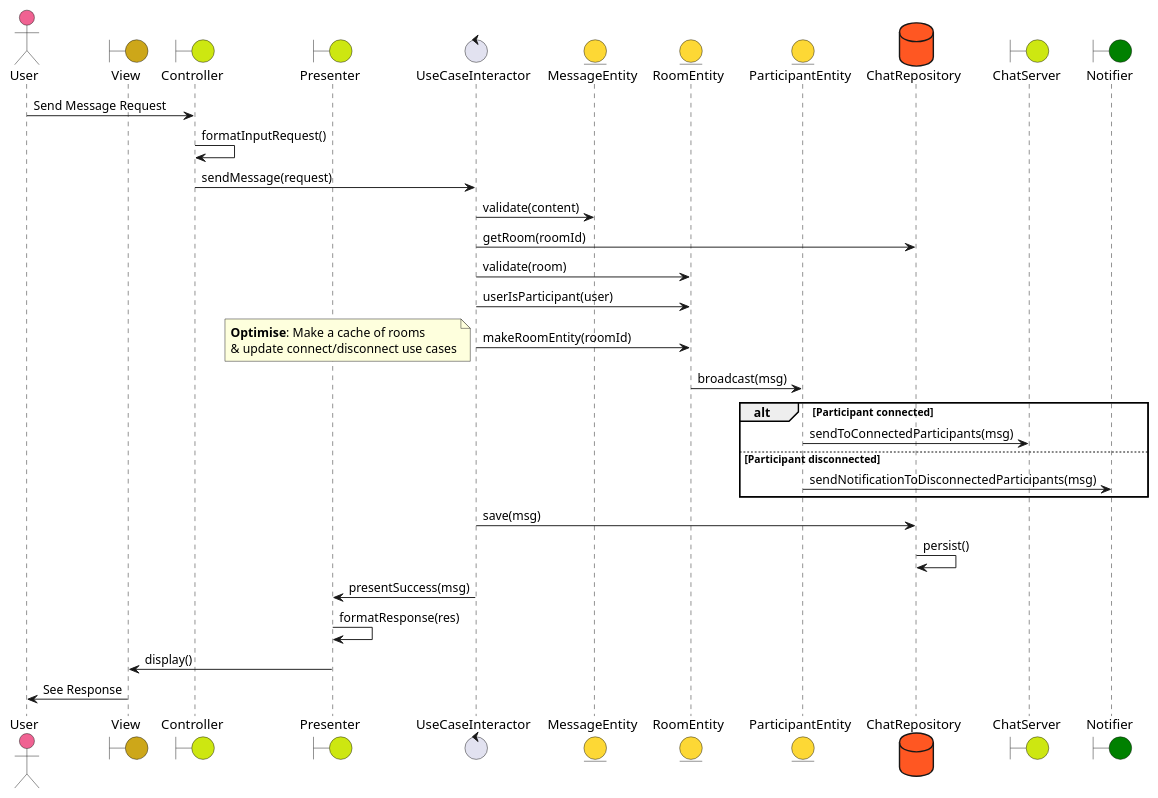
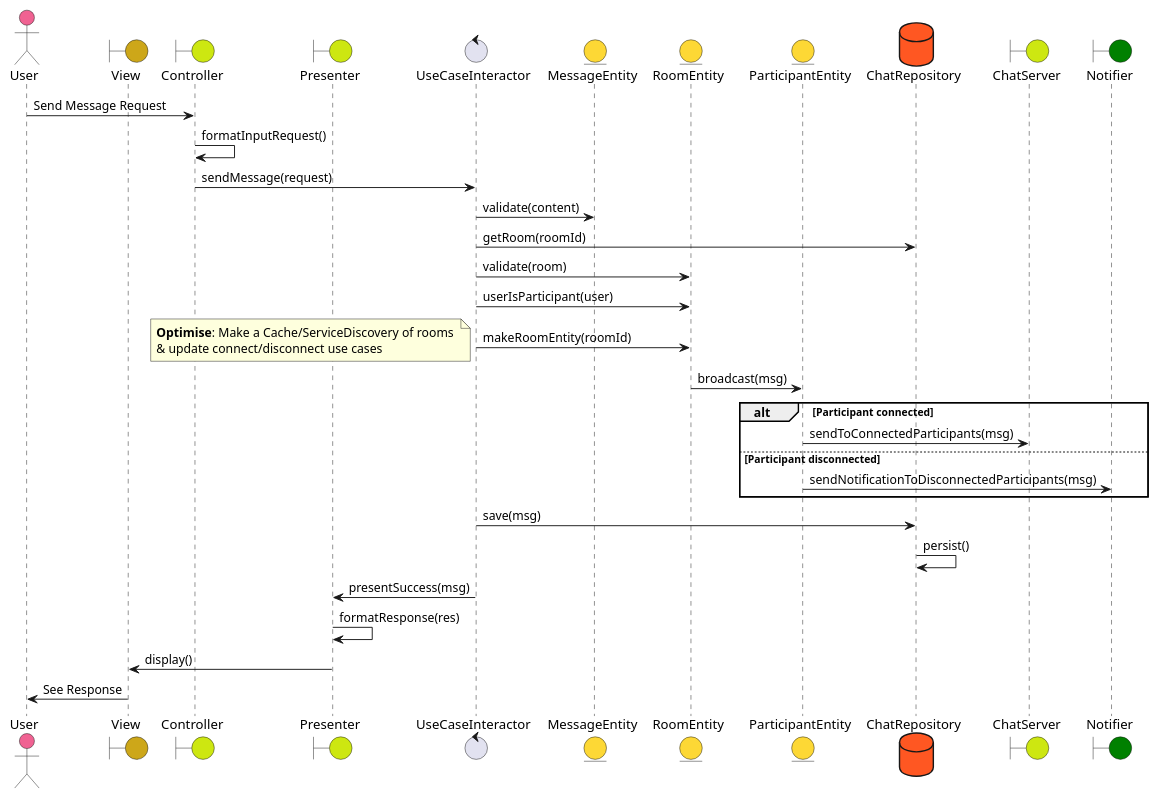
One commit to moez-sadok/chat-clean-architecture changed the diagram in docs/features/send-message/send-message-sequence.wsd. Above: the diagram before and after it, drawn with PlantUML. The commit also changed 4 other files, not shown here.

```diff
--- a/docs/features/send-message/send-message-sequence.wsd
+++ b/docs/features/send-message/send-message-sequence.wsd
@@ -1,55 +1,55 @@
 @startuml
 ' Sequence Diagram for Clean Architecture Feature: Send Message
 
 actor User #F06292
 
 boundary View #CDA719
 boundary Controller #CDE711
 boundary Presenter #CDE711
 control UseCaseInteractor
 
 entity MessageEntity #FDD835
 entity RoomEntity #FDD835
 entity ParticipantEntity #FDD835
 ' entity UserEntity #FDD835
 
 database ChatRepository #FF5722
 boundary ChatServer #CDE711
 boundary Notifier #Green
 
 ' Step 1: The User sends a SendMessageRequest to the Controller.
 User -> Controller : Send Message Request
 Controller -> Controller : formatInputRequest()
 ' Step 2: The Controller forwards this request to the UseCaseInteractor by calling the sendMessage method.
 Controller -> UseCaseInteractor : sendMessage(request)
 ' Step 3: The UseCaseInteractor validates the MessageEntity, RoomEntity, and UserEntity.
 UseCaseInteractor -> MessageEntity : validate(content)
 UseCaseInteractor -> ChatRepository : getRoom(roomId)
 UseCaseInteractor -> RoomEntity : validate(room)
 UseCaseInteractor -> RoomEntity : userIsParticipant(user)
 ' Step 4: If validation succeeds, the UseCaseInteractor interacts with the ChatRepository and RoomEntity.
 UseCaseInteractor -> RoomEntity : makeRoomEntity(roomId) 
-note left: **Optimise**: Make a cache of rooms \n& update connect/disconnect use cases
+note left: **Optimise**: Make a Cache/ServiceDiscovery of rooms \n& update connect/disconnect use cases
 
 ' Step 5: The RoomEntity broadcasts the message to participants.
 RoomEntity -> ParticipantEntity : broadcast(msg)
 ' Step 6: Each ParticipantEntity notifies the Notifier to send notifications.
 alt Participant connected
     ParticipantEntity -> ChatServer : sendToConnectedParticipants(msg)
 else Participant disconnected
     ParticipantEntity -> Notifier : sendNotificationToDisconnectedParticipants(msg)
 end
 ' Step 7: The UseCaseInteractor asks the ChatRepository to save the message.
 UseCaseInteractor -> ChatRepository : save(msg)
 ' Step 8: The ChatRepository persists the message.
 ChatRepository -> ChatRepository : persist()
 ' Step 9: The UseCaseInteractor instructs the Presenter to present success.
 UseCaseInteractor -> Presenter : presentSuccess(msg)
 ' Step 10: The Presenter formats the response.
 Presenter -> Presenter : formatResponse(res)
 ' Step 11: The Presenter returns the formatted response to the View.
 Presenter -> View : display()
 ' Step 12: The user see the response.
 View -> User : See Response
 
 @enduml
```
